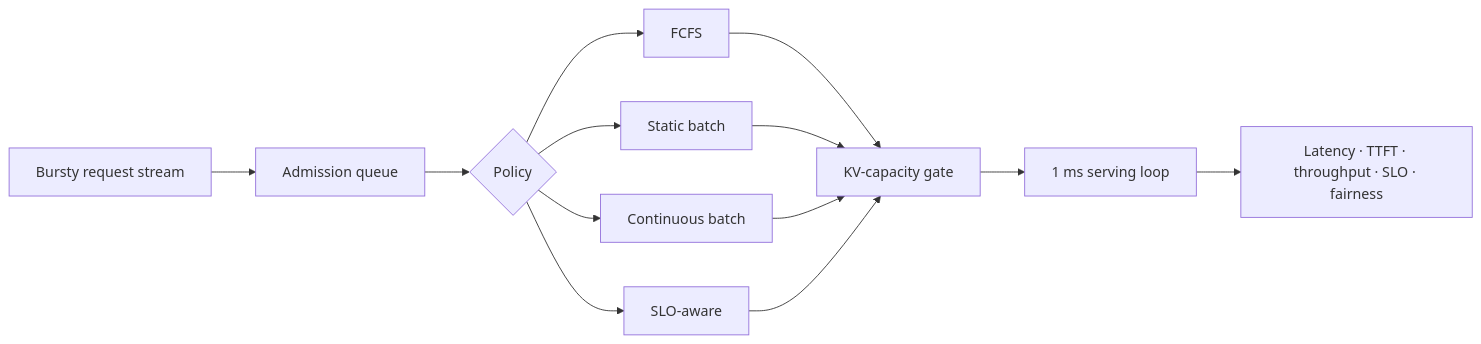
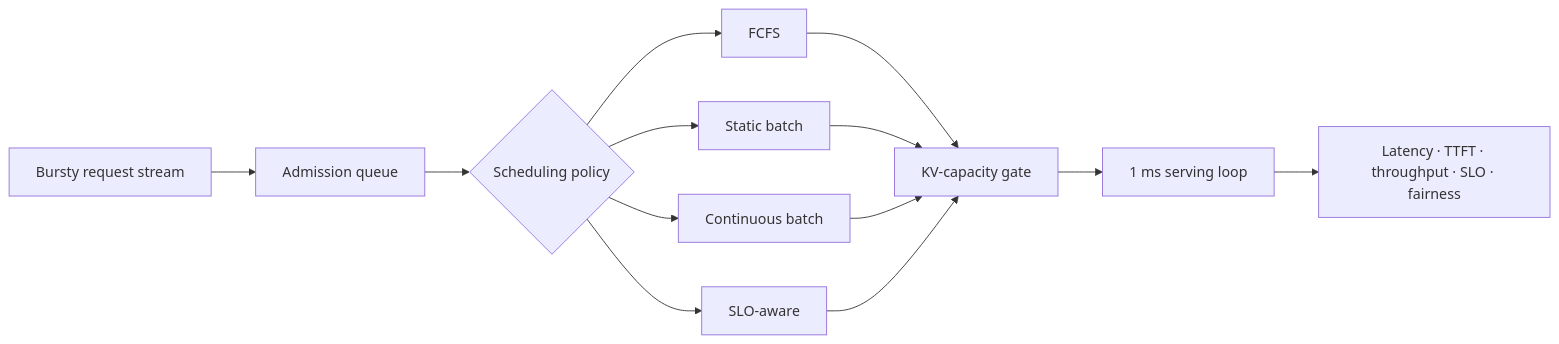
One commit to VinayK88/inference-scheduler-lab changed the diagram in README.md. Above: the diagram before and after it, drawn with Mermaid. The commit also changed other lines of this file, not shown here.

````diff
--- a/README.md
+++ b/README.md
@@ -30,12 +54,12 @@
 ```mermaid
 flowchart LR
-    W["Bursty request stream"] --> Q["Admission queue"]
-    Q --> P{"Policy"}
-    P --> F["FCFS"]
-    P --> S["Static batch"]
-    P --> C["Continuous batch"]
-    P --> A["SLO-aware"]
-    F & S & C & A --> K["KV-capacity gate"]
-    K --> E["1 ms serving loop"]
-    E --> M["Latency · TTFT · throughput · SLO · fairness"]
+    W[Bursty request stream] --> Q[Admission queue]
+    Q --> P{Scheduling policy}
+    P --> F[FCFS]
+    P --> S[Static batch]
+    P --> C[Continuous batch]
+    P --> A[SLO-aware]
+    F & S & C & A --> K[KV-capacity gate]
+    K --> E[1 ms serving loop]
+    E --> M[Latency · TTFT · throughput · SLO · fairness]
 ```
````
